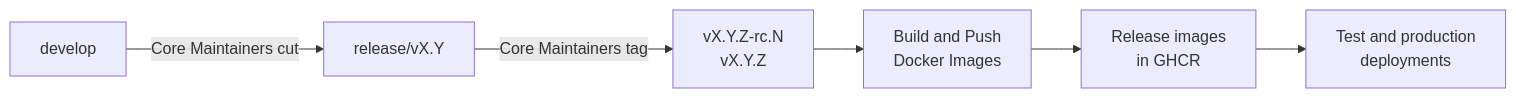
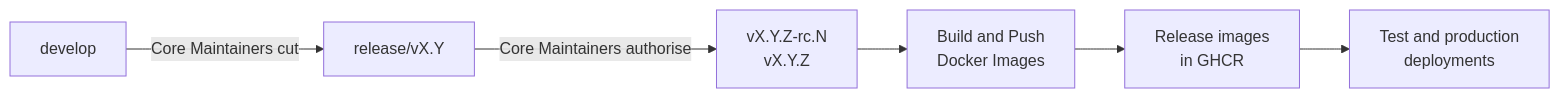
The diagram in frontend/apps/docs-site/src/content/contributing/governance.mdx (eneo-ai/eneo), drawn with Mermaid before and after one commit. The commit also changed other lines of this file and 14 other files, not shown here.

````diff
--- a/frontend/apps/docs-site/src/content/contributing/governance.mdx
+++ b/frontend/apps/docs-site/src/content/contributing/governance.mdx
@@ -123,8 +131,8 @@
 ```mermaid
 flowchart LR
   D["develop"] -->|"Core Maintainers cut"| R["release/vX.Y"]
-  R -->|"Core Maintainers tag"| T["vX.Y.Z-rc.N<br/>vX.Y.Z"]
+  R -->|"Core Maintainers authorise"| T["vX.Y.Z-rc.N<br/>vX.Y.Z"]
   T --> B["Build and Push<br/>Docker Images"]
   B --> I["Release images<br/>in GHCR"]
   I --> E["Test and production<br/>deployments"]
 ```
````
